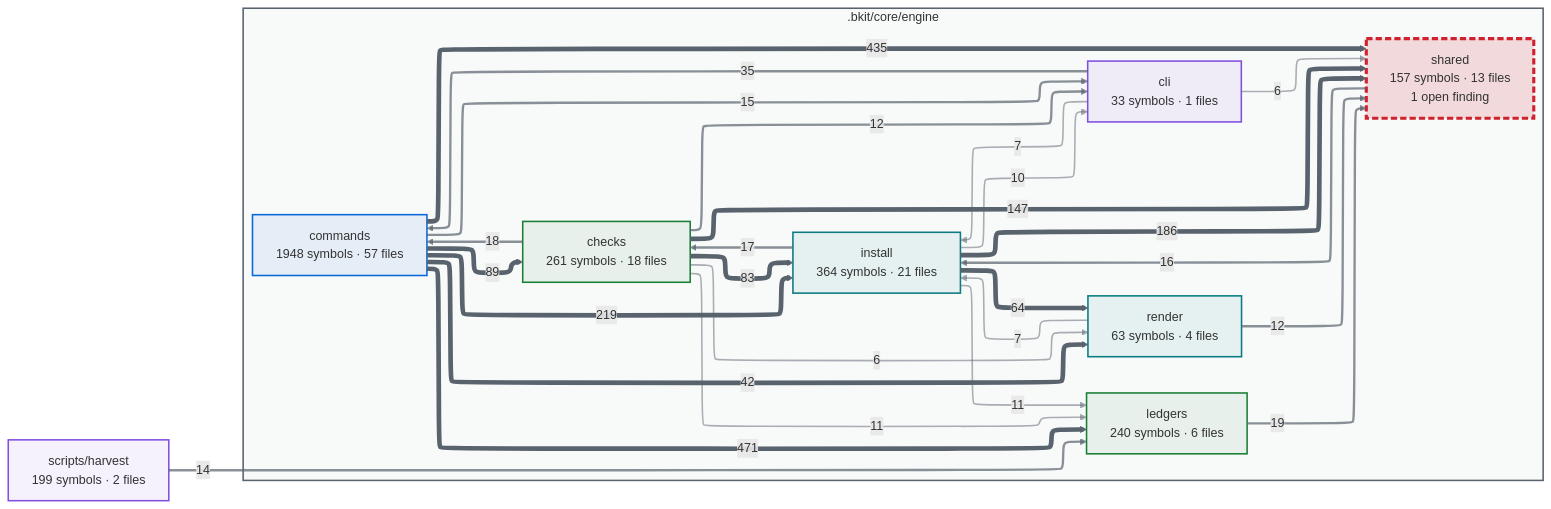
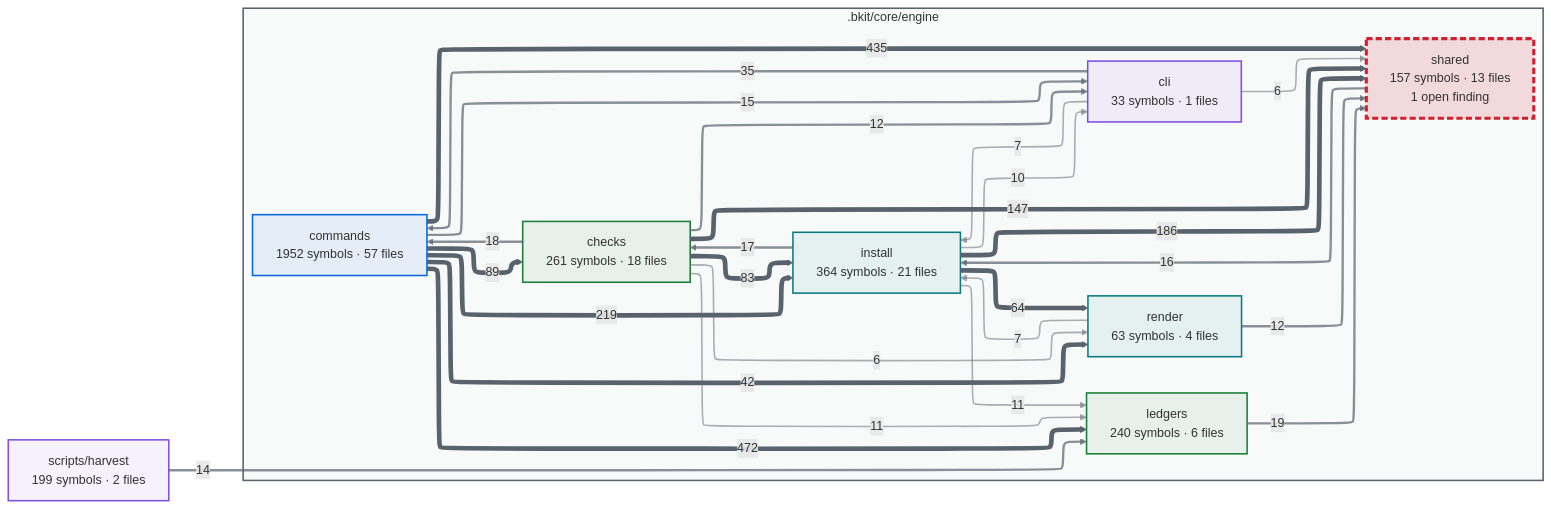
Before and after one commit to cbartens/bkit: the first of 2 diagrams in docs/capabilities.md, drawn with Mermaid. The commit also changed other lines of this file and 66 other files, not shown here.

````diff
--- a/docs/capabilities.md
+++ b/docs/capabilities.md
@@ -154,80 +154,80 @@
 ```mermaid
 ---
 config:
   layout: elk
   themeCSS: "marker { overflow: visible; } marker path { transform: scale(1.8); transform-origin: 5px 5px; }"
   flowchart:
     useMaxWidth: false
 ---
 flowchart LR
   %% Generated by bkit-graphify-rollup.py — do not edit
   subgraph gn_bkit_core_engine[".bkit/core/engine"]
     n_bkit_core_engine_checks["checks<br/>261 symbols · 18 files"]
     n_bkit_core_engine_cli["cli<br/>33 symbols · 1 files"]
-    n_bkit_core_engine_commands["commands<br/>1948 symbols · 57 files"]
+    n_bkit_core_engine_commands["commands<br/>1952 symbols · 57 files"]
     n_bkit_core_engine_install["install<br/>364 symbols · 21 files"]
     n_bkit_core_engine_ledgers["ledgers<br/>240 symbols · 6 files"]
     n_bkit_core_engine_render["render<br/>63 symbols · 4 files"]
     n_bkit_core_engine_shared["shared<br/>157 symbols · 13 files<br/>1 open finding"]
   end
   nscripts_harvest["scripts/harvest<br/>199 symbols · 2 files"]
-  n_bkit_core_engine_commands -->|471| n_bkit_core_engine_ledgers
+  n_bkit_core_engine_commands -->|472| n_bkit_core_engine_ledgers
   n_bkit_core_engine_commands -->|435| n_bkit_core_engine_shared
   n_bkit_core_engine_commands -->|219| n_bkit_core_engine_install
   n_bkit_core_engine_install -->|186| n_bkit_core_engine_shared
   n_bkit_core_engine_checks -->|147| n_bkit_core_engine_shared
   n_bkit_core_engine_commands -->|89| n_bkit_core_engine_checks
   n_bkit_core_engine_checks -->|83| n_bkit_core_engine_install
   n_bkit_core_engine_install -->|64| n_bkit_core_engine_render
   n_bkit_core_engine_commands -->|42| n_bkit_core_engine_render
   n_bkit_core_engine_cli -->|35| n_bkit_core_engine_commands
   n_bkit_core_engine_ledgers -->|19| n_bkit_core_engine_shared
   n_bkit_core_engine_checks -->|18| n_bkit_core_engine_commands
   n_bkit_core_engine_install -->|17| n_bkit_core_engine_checks
   n_bkit_core_engine_shared -->|16| n_bkit_core_engine_install
   n_bkit_core_engine_commands -->|15| n_bkit_core_engine_cli
   nscripts_harvest -->|14| n_bkit_core_engine_ledgers
   n_bkit_core_engine_checks -->|12| n_bkit_core_engine_cli
   n_bkit_core_engine_render -->|12| n_bkit_core_engine_shared
   n_bkit_core_engine_checks -->|11| n_bkit_core_engine_ledgers
   n_bkit_core_engine_install -->|11| n_bkit_core_engine_ledgers
   n_bkit_core_engine_install -->|10| n_bkit_core_engine_cli
   n_bkit_core_engine_cli -->|7| n_bkit_core_engine_install
   n_bkit_core_engine_render -->|7| n_bkit_core_engine_install
   n_bkit_core_engine_checks -->|6| n_bkit_core_engine_render
   n_bkit_core_engine_cli -->|6| n_bkit_core_engine_shared
   style gn_bkit_core_engine fill:#59636e0a,stroke:#59636e,stroke-width:2px
   style n_bkit_core_engine_checks stroke:#1a7f37,stroke-width:2px,fill:#1a7f3714
   style n_bkit_core_engine_cli stroke:#8250df,stroke-width:2px,fill:#8250df14
   style n_bkit_core_engine_commands stroke:#0969da,stroke-width:2px,fill:#0969da14
   style n_bkit_core_engine_install stroke:#0a7b83,stroke-width:2px,fill:#0a7b8314
   style n_bkit_core_engine_ledgers stroke:#1a7f37,stroke-width:2px,fill:#1a7f3714
   style n_bkit_core_engine_render stroke:#0a7b83,stroke-width:2px,fill:#0a7b8314
   style n_bkit_core_engine_shared stroke:#cf222e,stroke-width:4px,stroke-dasharray:8 4,fill:#cf222e26
   style nscripts_harvest stroke:#8250df,stroke-width:2px,fill:#8250df14
   linkStyle 0 stroke:#59636e,stroke-width:6px
   linkStyle 1 stroke:#59636e,stroke-width:6px
   linkStyle 2 stroke:#59636e,stroke-width:6px
   linkStyle 3 stroke:#59636e,stroke-width:6px
   linkStyle 4 stroke:#59636e,stroke-width:6px
   linkStyle 5 stroke:#59636e,stroke-width:6px
   linkStyle 6 stroke:#59636e,stroke-width:6px
   linkStyle 7 stroke:#59636e,stroke-width:6px
   linkStyle 8 stroke:#59636e,stroke-width:6px
   linkStyle 9 stroke:#59636eb3,stroke-width:3px
   linkStyle 10 stroke:#59636eb3,stroke-width:3px
   linkStyle 11 stroke:#59636eb3,stroke-width:3px
   linkStyle 12 stroke:#59636eb3,stroke-width:3px
   linkStyle 13 stroke:#59636eb3,stroke-width:3px
   linkStyle 14 stroke:#59636eb3,stroke-width:3px
   linkStyle 15 stroke:#59636eb3,stroke-width:3px
   linkStyle 16 stroke:#59636eb3,stroke-width:3px
   linkStyle 17 stroke:#59636eb3,stroke-width:3px
   linkStyle 18 stroke:#59636e80,stroke-width:2px
   linkStyle 19 stroke:#59636e80,stroke-width:2px
   linkStyle 20 stroke:#59636e80,stroke-width:2px
   linkStyle 21 stroke:#59636e80,stroke-width:2px
   linkStyle 22 stroke:#59636e80,stroke-width:2px
   linkStyle 23 stroke:#59636e80,stroke-width:2px
   linkStyle 24 stroke:#59636e80,stroke-width:2px
 ```
````
